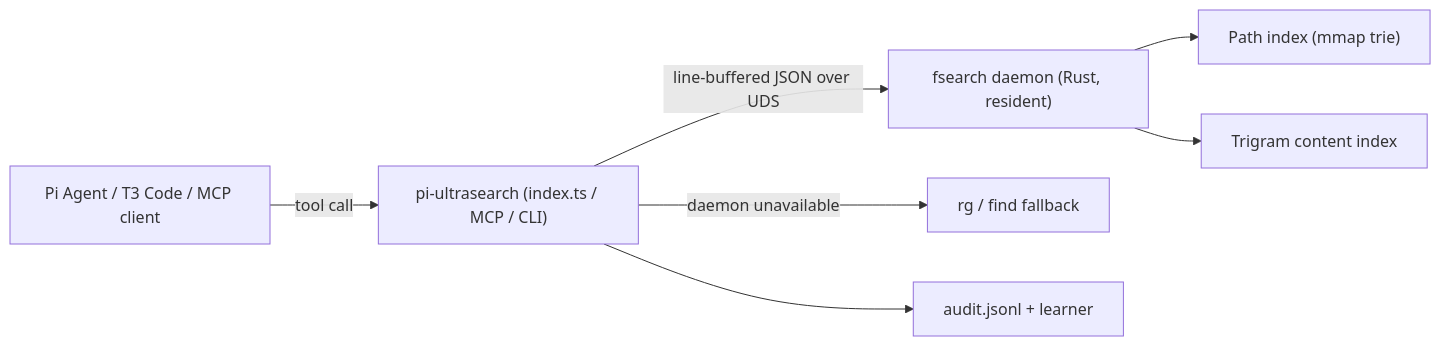
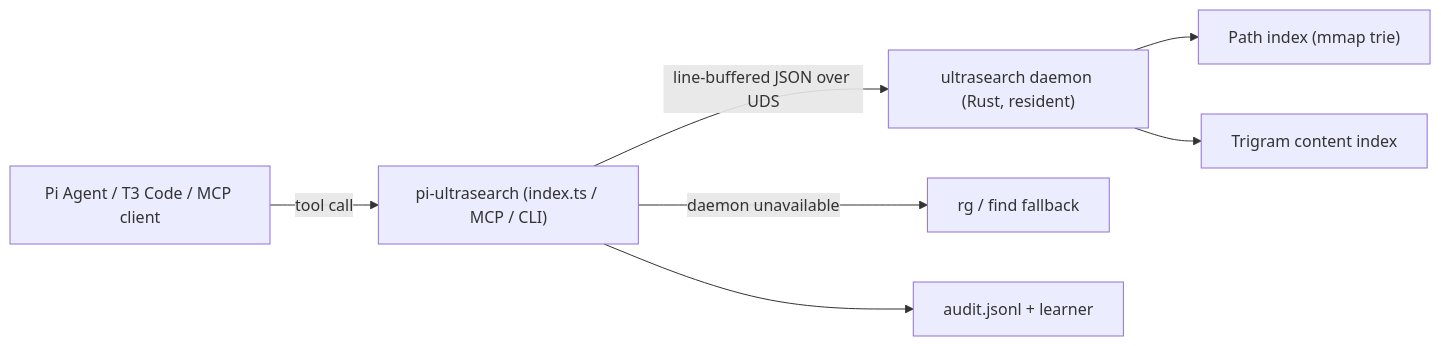
The diagram in README.md (Ghost-9/pi-fsearch), drawn with Mermaid before and after one commit. The commit also changed other lines of this file and 29 other files, not shown here.

````diff
--- a/README.md
+++ b/README.md
@@ -173,9 +217,9 @@
 ```mermaid
 flowchart LR
     A["Pi Agent / T3 Code / MCP client"] -->|tool call| B["pi-ultrasearch (index.ts / MCP / CLI)"]
-    B -->|line-buffered JSON over UDS| C["fsearch daemon (Rust, resident)"]
+    B -->|line-buffered JSON over UDS| C["ultrasearch daemon (Rust, resident)"]
     C --> D["Path index (mmap trie)"]
     C --> E["Trigram content index"]
     B -->|daemon unavailable| F["rg / find fallback"]
     B --> G["audit.jsonl + learner"]
 ```
````
